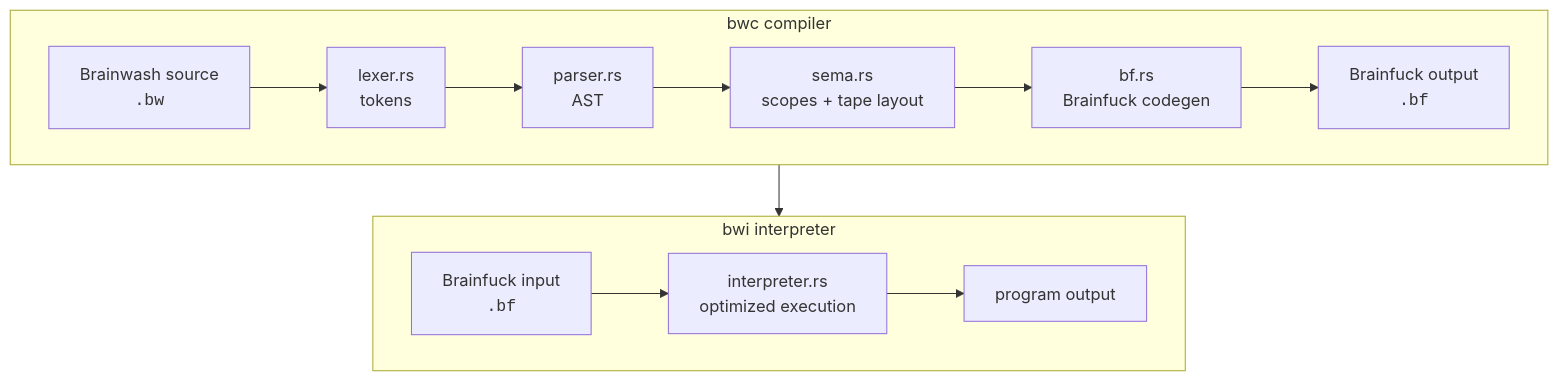
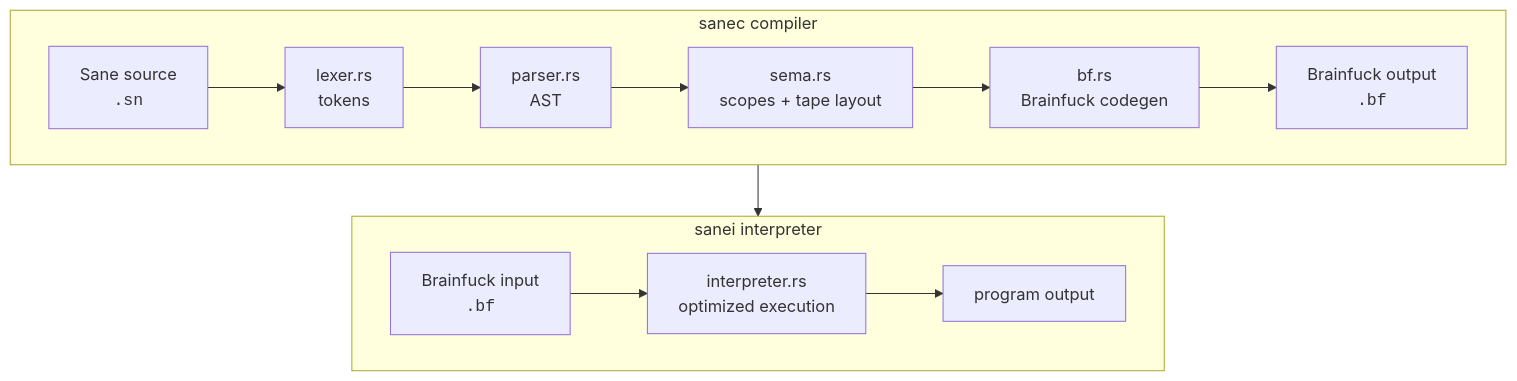
The diagram in README.md (Eclipsky1337/sane), drawn with Mermaid before and after one commit. The commit also changed other lines of this file and 13 other files, not shown here.

````diff
--- a/README.md
+++ b/README.md
@@ -37,25 +37,25 @@
 ```mermaid
 flowchart TD
-    subgraph compiler["bwc compiler"]
+    subgraph compiler["sanec compiler"]
         direction LR
-        source["Brainwash source<br/><code>.bw</code>"]
+        source["Sane source<br/><code>.sn</code>"]
         lexer["lexer.rs<br/>tokens"]
         parser["parser.rs<br/>AST"]
         sema["sema.rs<br/>scopes + tape layout"]
         bf["bf.rs<br/>Brainfuck codegen"]
         output["Brainfuck output<br/><code>.bf</code>"]
         
         source --> lexer --> parser --> sema --> bf --> output
     end
 
-    subgraph interpreter["bwi interpreter"]
+    subgraph interpreter["sanei interpreter"]
         direction LR
         input["Brainfuck input<br/><code>.bf</code>"]
         interp["interpreter.rs<br/>optimized execution"]
         result["program output"]
         
         input --> interp --> result
     end
 
     compiler --> interpreter
 ```
````
